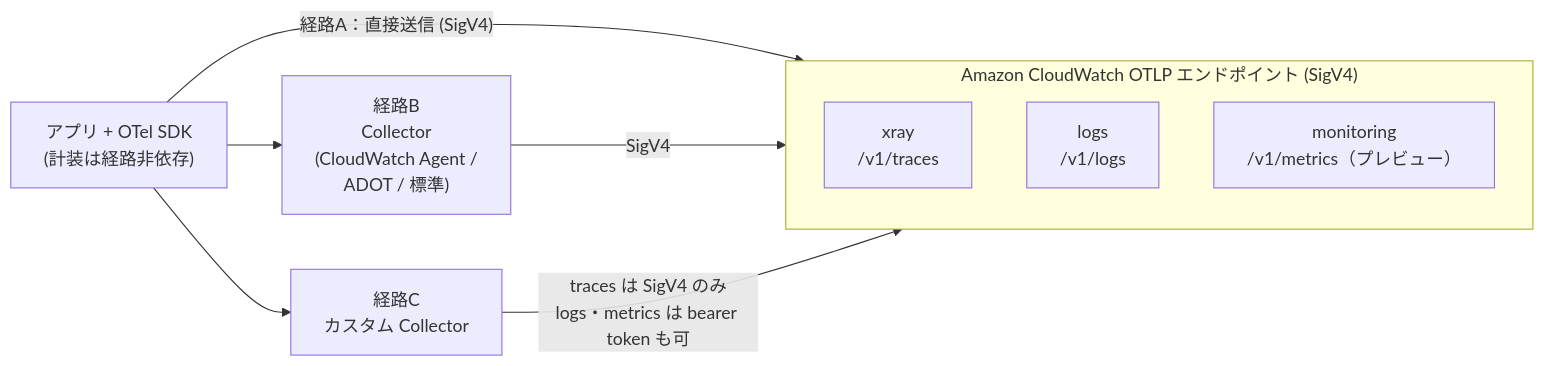
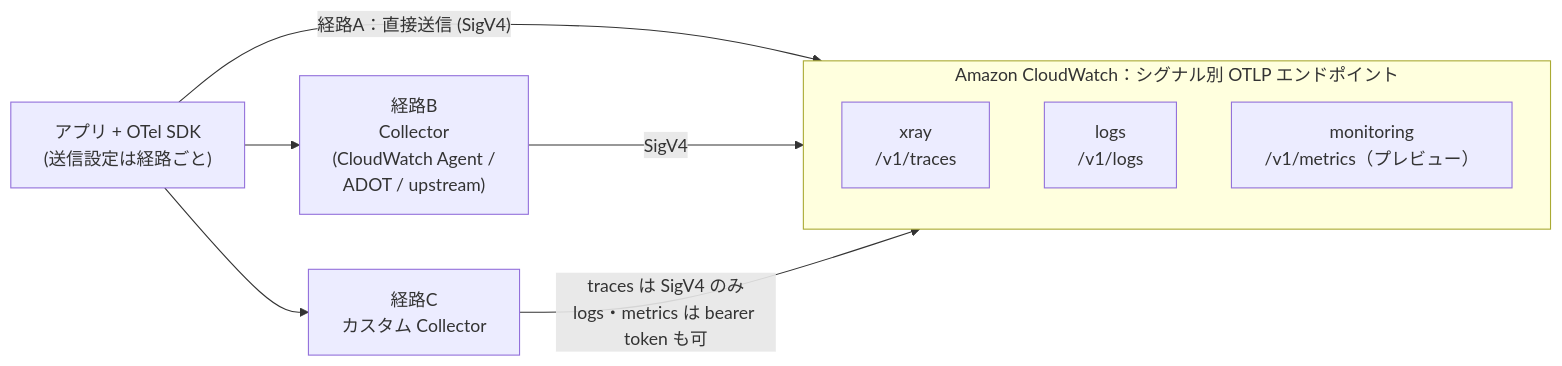
Before and after one commit to nnydtmg/zenn-articles: the first of 3 diagrams in articles/aws-otel-2026.md, drawn with Mermaid. The commit also changed other lines of this file and 4 other files, not shown here.

Commit message:
docs: OTel構成図のdrawioソースを同期 (#9)

````diff
--- a/articles/aws-otel-2026.md
+++ b/articles/aws-otel-2026.md
@@ -41,18 +41,18 @@
 ```mermaid
 flowchart LR
-    SDK["アプリ + OTel SDK<br/>(計装は経路非依存)"]
+    SDK["アプリ + OTel SDK<br/>(送信設定は経路ごと)"]
 
     SDK -->|"経路A：直接送信 (SigV4)"| EP
-    SDK --> COLB["経路B<br/>Collector<br/>(CloudWatch Agent /<br/>ADOT / 標準)"]
+    SDK --> COLB["経路B<br/>Collector<br/>(CloudWatch Agent /<br/>ADOT / upstream)"]
     SDK --> COLC["経路C<br/>カスタム Collector"]
 
     COLB -->|"SigV4"| EP
     COLC -->|"traces は SigV4 のみ<br/>logs・metrics は bearer token も可"| EP
 
-    subgraph EP["Amazon CloudWatch OTLP エンドポイント (SigV4)"]
+    subgraph EP["Amazon CloudWatch：シグナル別 OTLP エンドポイント"]
         direction TB
         XRAY["xray<br/>/v1/traces"]
         LOGS["logs<br/>/v1/logs"]
         MON["monitoring<br/>/v1/metrics（プレビュー）"]
     end
 ```
````
